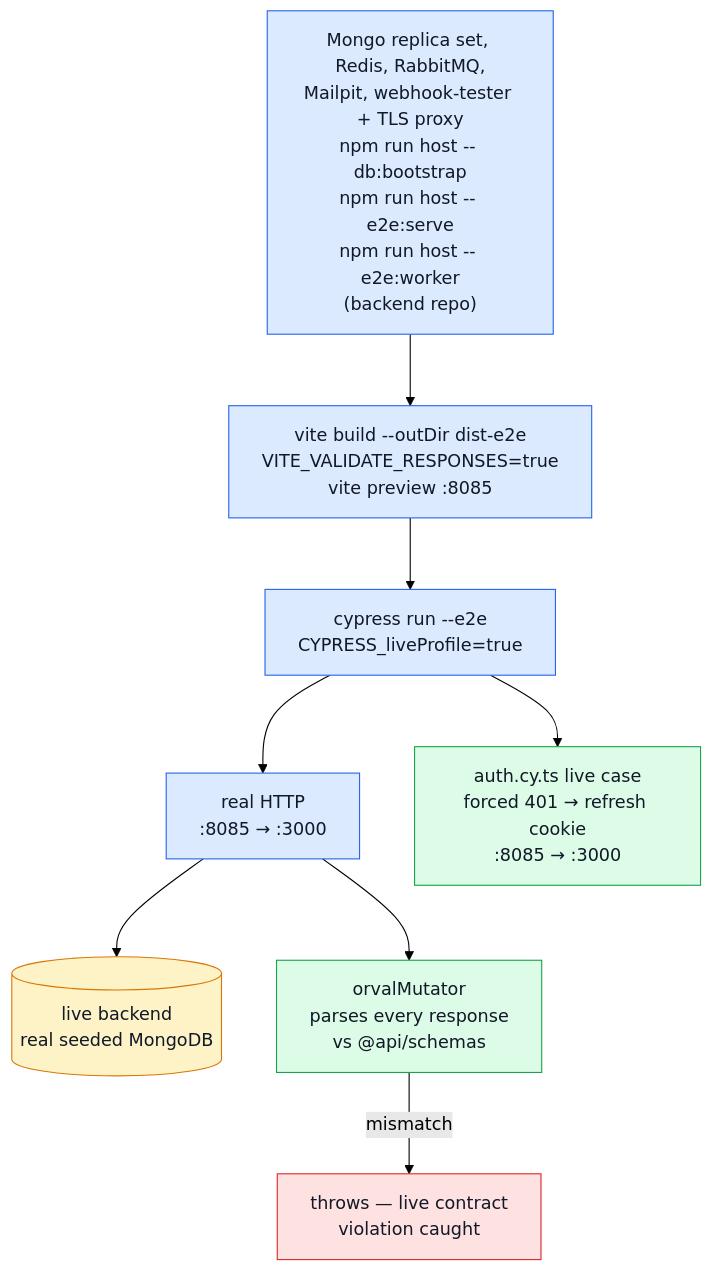
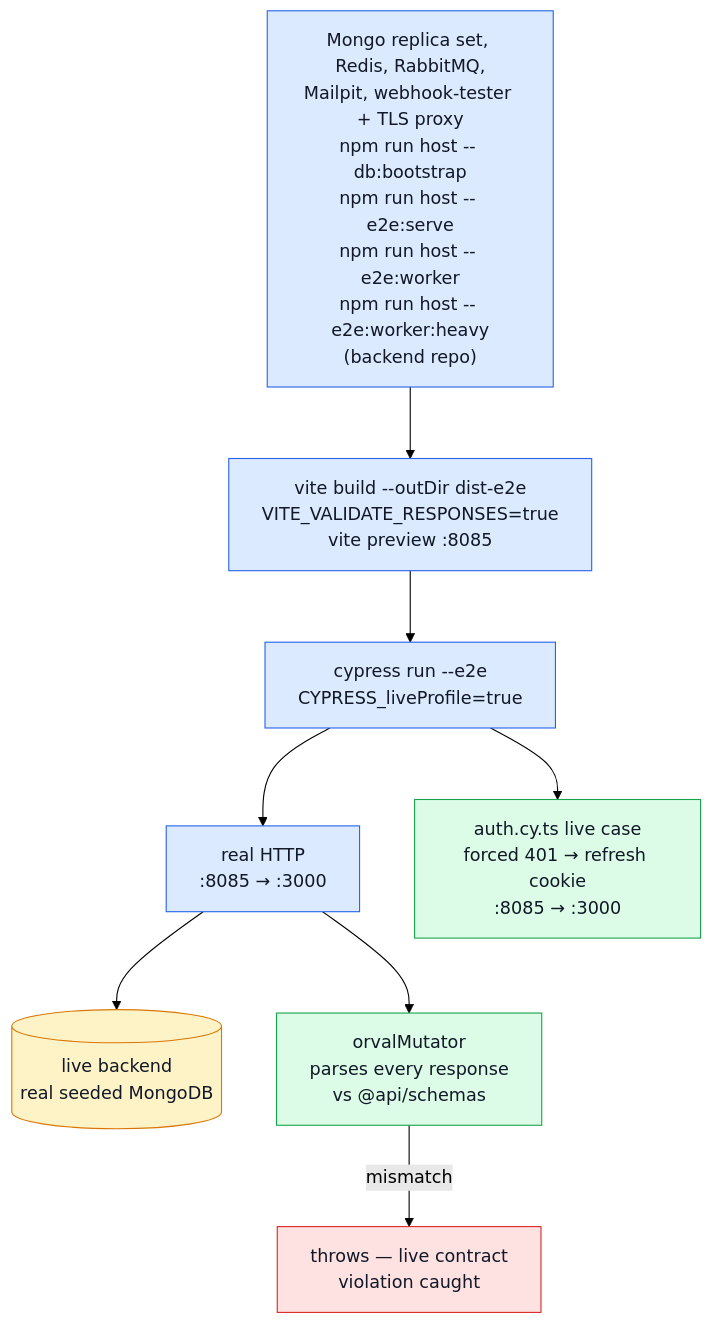
One commit to Guebbit/boilerplate-vue-frontend changed the fifth of 5 diagrams in docs/tools/live-e2e.md. Above: the diagram before and after it, drawn with Mermaid (forest theme). The commit also changed other lines of this file and 1 other file, not shown here.

First line of the commit message:
ci(e2e): start a heavy-role worker in the live stack

````diff
--- a/docs/tools/live-e2e.md
+++ b/docs/tools/live-e2e.md
@@ -129,20 +129,20 @@
 ```mermaid
 %%{init: {'flowchart': {'nodeSpacing': 50, 'rankSpacing': 65}}}%%
 flowchart TB
-    Boot["Mongo replica set, Redis, RabbitMQ,\nMailpit, webhook-tester + TLS proxy\nnpm run host -- db:bootstrap\nnpm run host -- e2e:serve\nnpm run host -- e2e:worker\n(backend repo)"] --> Vite["vite build --outDir dist-e2e\nVITE_VALIDATE_RESPONSES=true\nvite preview :8085"]
+    Boot["Mongo replica set, Redis, RabbitMQ,\nMailpit, webhook-tester + TLS proxy\nnpm run host -- db:bootstrap\nnpm run host -- e2e:serve\nnpm run host -- e2e:worker\nnpm run host -- e2e:worker:heavy\n(backend repo)"] --> Vite["vite build --outDir dist-e2e\nVITE_VALIDATE_RESPONSES=true\nvite preview :8085"]
     Vite --> Cypress["cypress run --e2e\nCYPRESS_liveProfile=true"]
     Cypress --> Real["real HTTP\n:8085 → :3000"]
     Real --> Backend[("live backend\nreal seeded MongoDB")]
     Real --> Mutator["orvalMutator\nparses every response\nvs @api/schemas"]
     Mutator -->|mismatch| Fail["throws — live contract\nviolation caught"]
     Cypress --> Refresh["auth.cy.ts live case\nforced 401 → refresh cookie\n:8085 → :3000"]
 
     classDef step fill:#dbeafe,stroke:#2563eb,color:#111827;
     classDef check fill:#dcfce7,stroke:#16a34a,color:#111827;
     classDef fail fill:#fee2e2,stroke:#dc2626,color:#111827;
     classDef data fill:#fef3c7,stroke:#d97706,color:#111827;
     class Boot,Vite,Cypress,Real step;
     class Mutator,Parity,Refresh check;
     class Fail fail;
     class Backend data;
 ```
````
